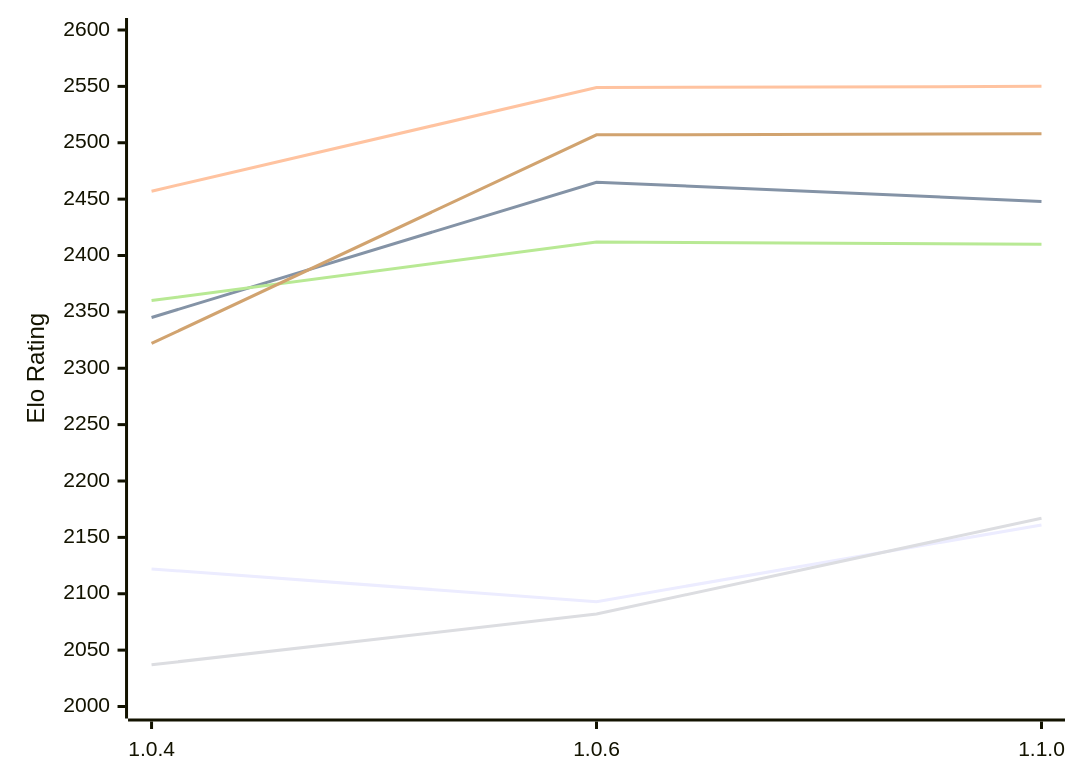
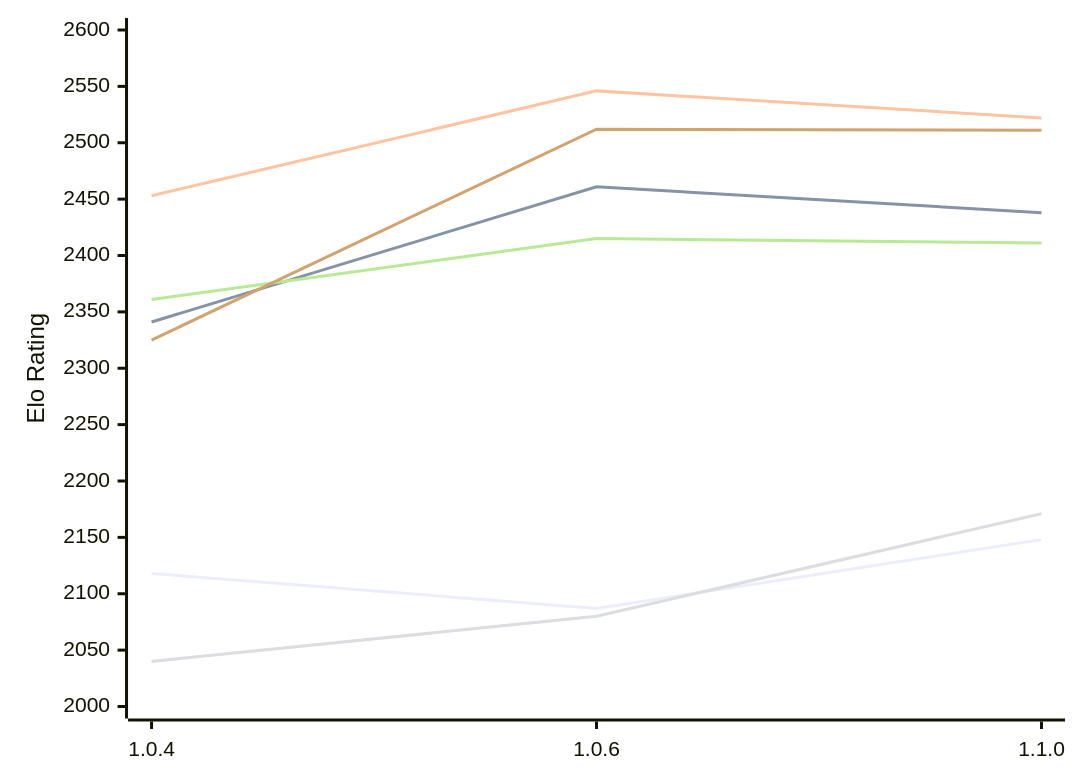
Before and after one commit to computer-chess-index/cci: the diagram in engines/Ankax.md, drawn with Mermaid. The commit also changed other lines of this file, not shown here.

Commit message:
Update CCI Ratings (ELO VLTC) - 2026-11-21

````diff
--- a/engines/Ankax.md
+++ b/engines/Ankax.md
@@ -51,12 +51,12 @@
 ```mermaid
 %%{init: {"theme":"base","themeVariables":{"seriesColors:['#a3a3a3','#222221','#faa371']}}}%%
 xychart-beta
   x-axis ["1.0.4", "1.0.6", "1.1.0"]
   y-axis "Elo Rating" 2000 --> 2600
-  line "E1: STC (8.0+0.08s)" [2122, 2093, 2161]
-  line "E1: LTC (60.0+0.60s)" [2345, 2465, 2448]
-  line "E1: VLTC (2m24s+1.12s)" [2457, 2549, 2550]
-  line "P1: STC (8.0+0.08s)" [2037, 2082, 2167]
-  line "P1: LTC (60.0+0.60s)" [2360, 2412, 2410]
-  line "P1: VLTC (2m24s+1.12s)" [2322, 2507, 2508]
+  line "E1: STC (8.0+0.08s)" [2118, 2087, 2148]
+  line "E1: LTC (60.0+0.60s)" [2341, 2461, 2438]
+  line "E1: VLTC (2m24s+1.12s)" [2453, 2546, 2522]
+  line "P1: STC (8.0+0.08s)" [2040, 2080, 2171]
+  line "P1: LTC (60.0+0.60s)" [2361, 2415, 2411]
+  line "P1: VLTC (2m24s+1.12s)" [2325, 2512, 2511]
 ```
````
